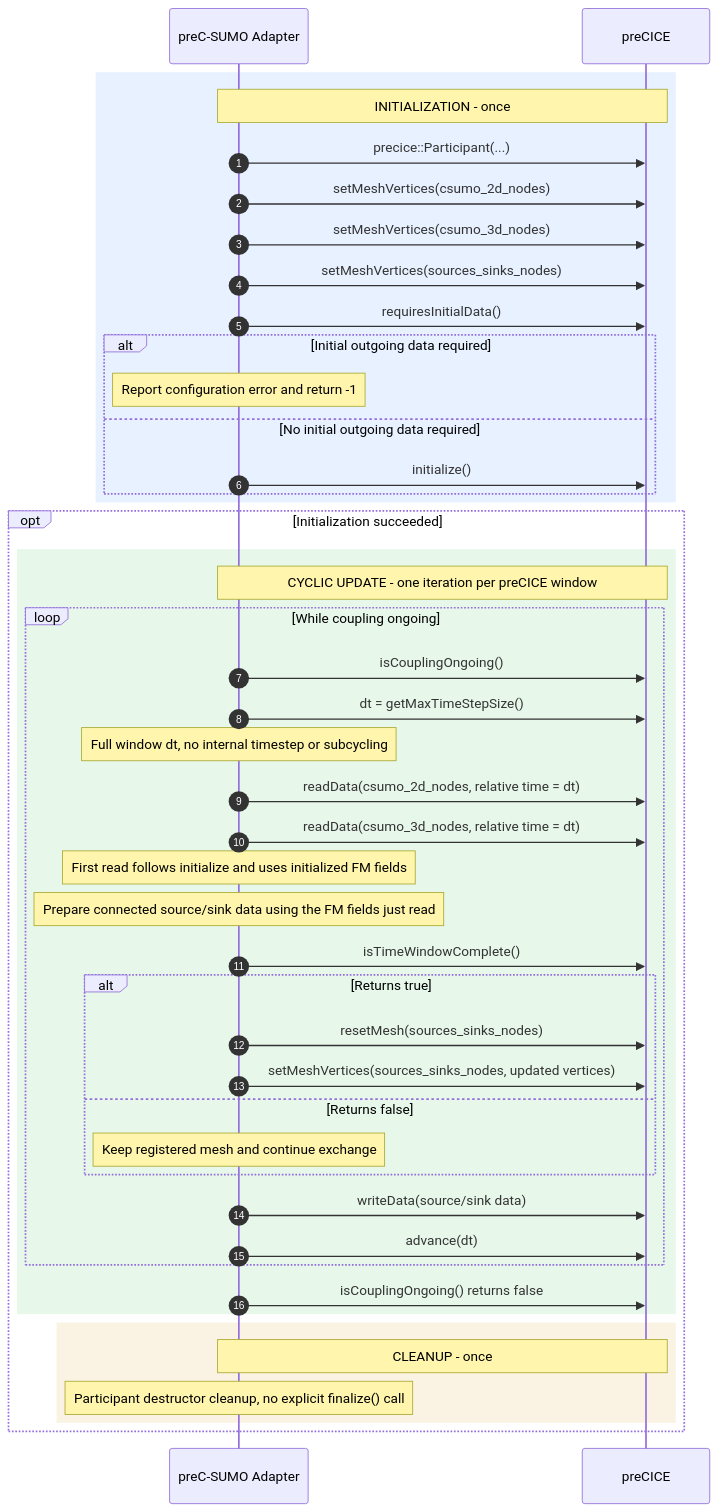
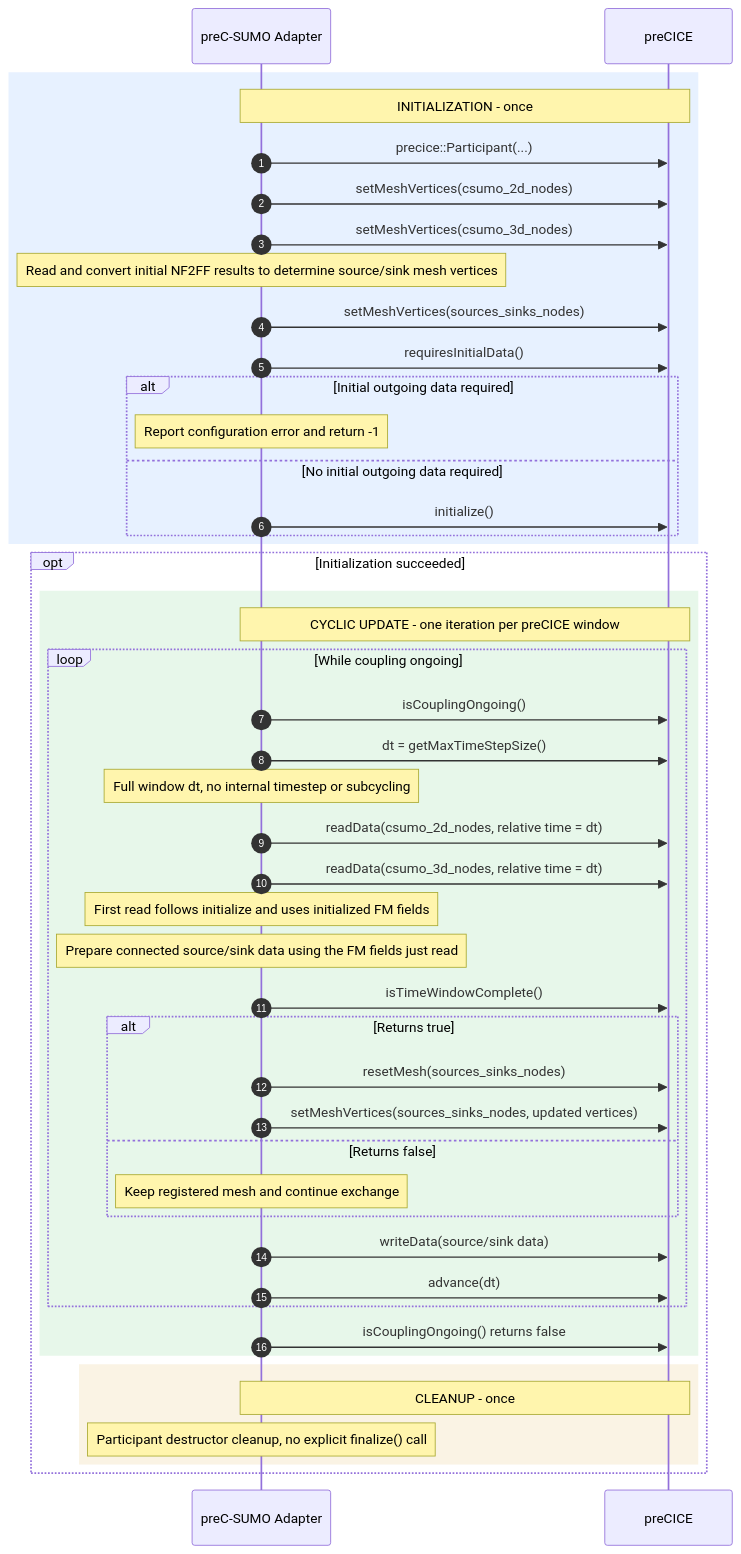
The diagram in src/tools_gpl/pre_c_sumo/docs/include/preC_SUMO_adapter_sequence_diagram.mmd (Deltares/Delft3D), drawn with Mermaid before and after one commit. The commit also changed 9 other files, not shown here.

```diff
--- a/src/tools_gpl/pre_c_sumo/docs/include/preC_SUMO_adapter_sequence_diagram.mmd
+++ b/src/tools_gpl/pre_c_sumo/docs/include/preC_SUMO_adapter_sequence_diagram.mmd
@@ -1,48 +1,49 @@
 sequenceDiagram
     autonumber
     participant S as preC-SUMO Adapter
     participant P as preCICE
 
     rect rgba(56, 139, 253, 0.12)
         Note over S,P: INITIALIZATION - once
         S->>P: precice::Participant(...)
         S->>P: setMeshVertices(csumo_2d_nodes)
         S->>P: setMeshVertices(csumo_3d_nodes)
+        Note over S: Read and convert initial NF2FF results to determine source/sink mesh vertices
         S->>P: setMeshVertices(sources_sinks_nodes)
         S->>P: requiresInitialData()
         alt Initial outgoing data required
             Note over S: Report configuration error and return -1
         else No initial outgoing data required
             S->>P: initialize()
         end
     end
 
     opt Initialization succeeded
         rect rgba(63, 185, 80, 0.12)
             Note over S,P: CYCLIC UPDATE - one iteration per preCICE window
             loop While coupling ongoing
                 S->>P: isCouplingOngoing()
                 S->>P: dt = getMaxTimeStepSize()
                 Note over S: Full window dt, no internal timestep or subcycling
                 S->>P: readData(csumo_2d_nodes, relative time = dt)
                 S->>P: readData(csumo_3d_nodes, relative time = dt)
                 Note over S: First read follows initialize and uses initialized FM fields
                 Note over S: Prepare connected source/sink data using the FM fields just read
                 S->>P: isTimeWindowComplete()
                 alt Returns true
                     S->>P: resetMesh(sources_sinks_nodes)
                     S->>P: setMeshVertices(sources_sinks_nodes, updated vertices)
                 else Returns false
                     Note over S: Keep registered mesh and continue exchange
                 end
                 S->>P: writeData(source/sink data)
                 S->>P: advance(dt)
             end
             S->>P: isCouplingOngoing() returns false
         end
 
         rect rgba(210, 153, 34, 0.12)
             Note over S,P: CLEANUP - once
             Note over S: Participant destructor cleanup, no explicit finalize() call
         end
     end
```
